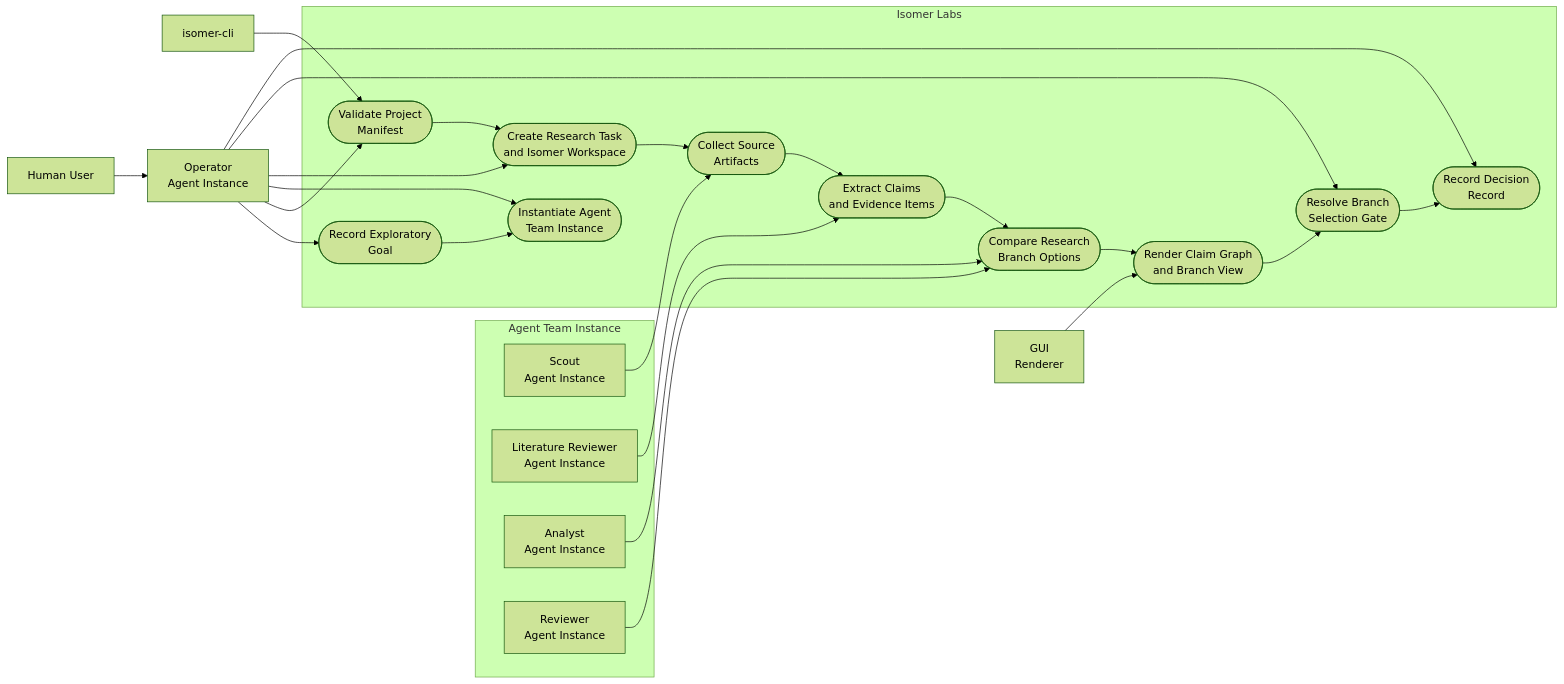
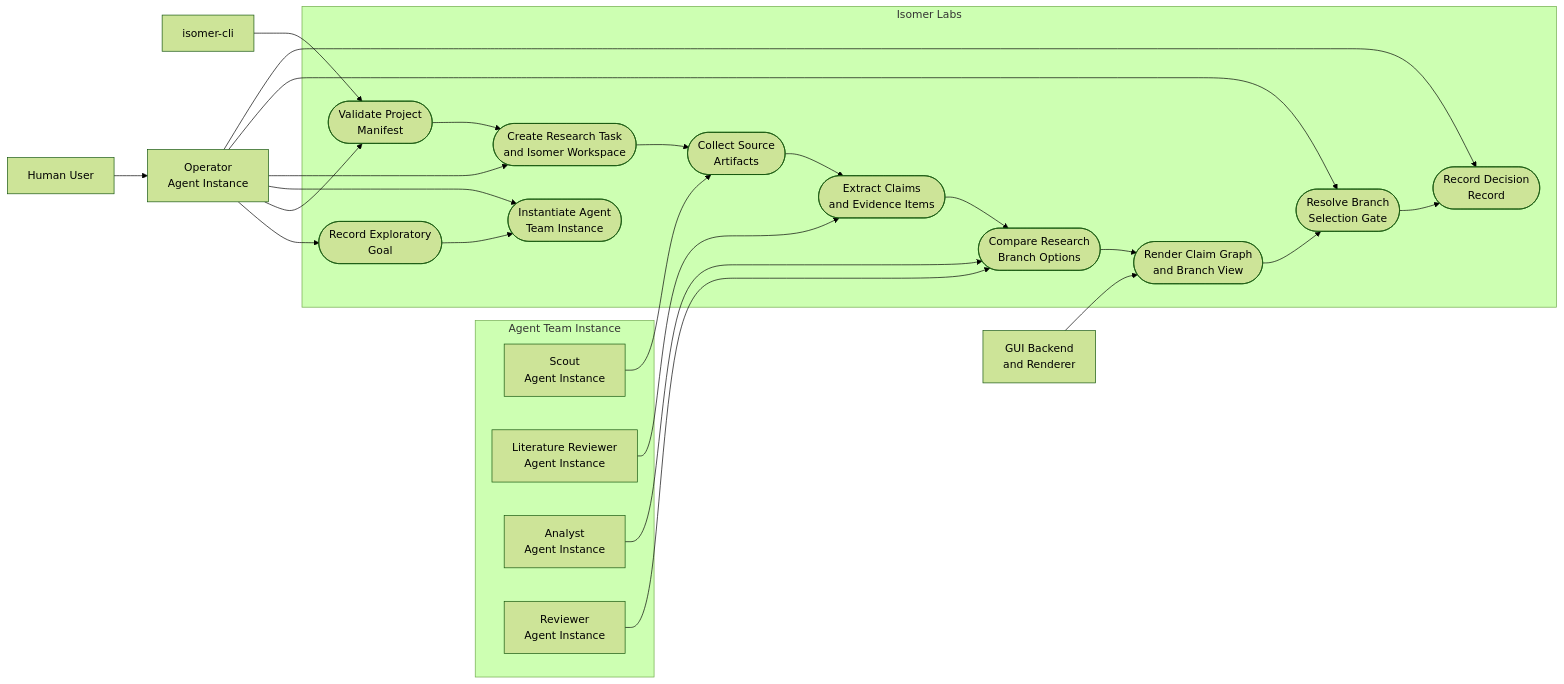
The first of 2 diagrams in .imsight-arts/project-explore/use-cases/uc-01-explore-new-research-direction.md (CodeGandee/isomer-labs), drawn with Mermaid (forest theme) before and after one commit. The commit also changed other lines of this file and 13 other files, not shown here.

Commit message:
docs: define gui handling architecture

````diff
--- a/.imsight-arts/project-explore/use-cases/uc-01-explore-new-research-direction.md
+++ b/.imsight-arts/project-explore/use-cases/uc-01-explore-new-research-direction.md
@@ -30,50 +30,50 @@
 ```mermaid
 flowchart LR
   User[Human User]
   CLI[isomer-cli]
   Operator["Operator<br/>Agent Instance"]
-  GUI["GUI<br/>Renderer"]
+  GUI["GUI Backend<br/>and Renderer"]
 
   subgraph TeamInstance["Agent Team Instance"]
     Scout["Scout<br/>Agent Instance"]
     Literature["Literature Reviewer<br/>Agent Instance"]
     Analyst["Analyst<br/>Agent Instance"]
     Reviewer["Reviewer<br/>Agent Instance"]
   end
 
   subgraph Isomer["Isomer Labs"]
     UC1([Record Exploratory<br/>Goal])
     UC2([Validate Project<br/>Manifest])
     UC3([Instantiate Agent<br/>Team Instance])
     UC4([Create Research Task<br/>and Isomer Workspace])
     UC5([Collect Source<br/>Artifacts])
     UC6([Extract Claims<br/>and Evidence Items])
     UC7([Compare Research<br/>Branch Options])
     UC8([Render Claim Graph<br/>and Branch View])
     UC9([Resolve Branch<br/>Selection Gate])
     UC10([Record Decision<br/>Record])
   end
 
   User --> Operator
   CLI --> UC2
   Operator --> UC1
   Operator --> UC2
   Operator --> UC3
   Operator --> UC4
   Scout --> UC5
   Literature --> UC6
   Analyst --> UC7
   Reviewer --> UC7
   GUI --> UC8
   Operator --> UC9
   Operator --> UC10
 
   UC1 --> UC3
   UC2 --> UC4
   UC4 --> UC5
   UC5 --> UC6
   UC6 --> UC7
   UC7 --> UC8
   UC8 --> UC9
   UC9 --> UC10
 ```
````
